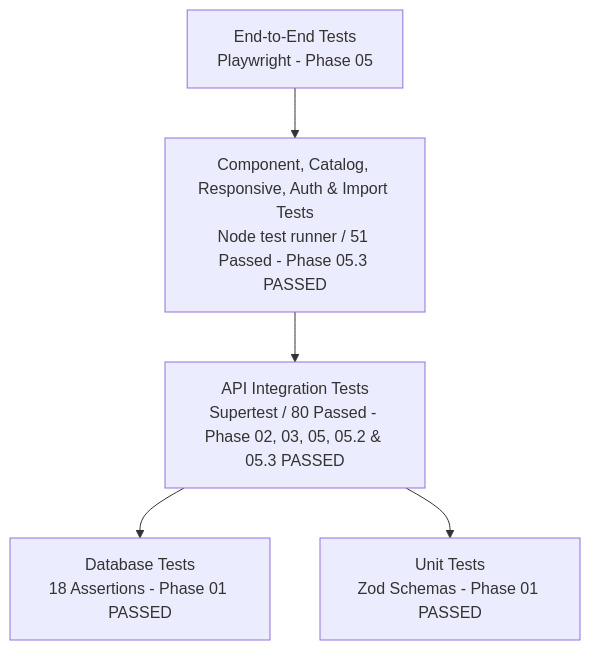
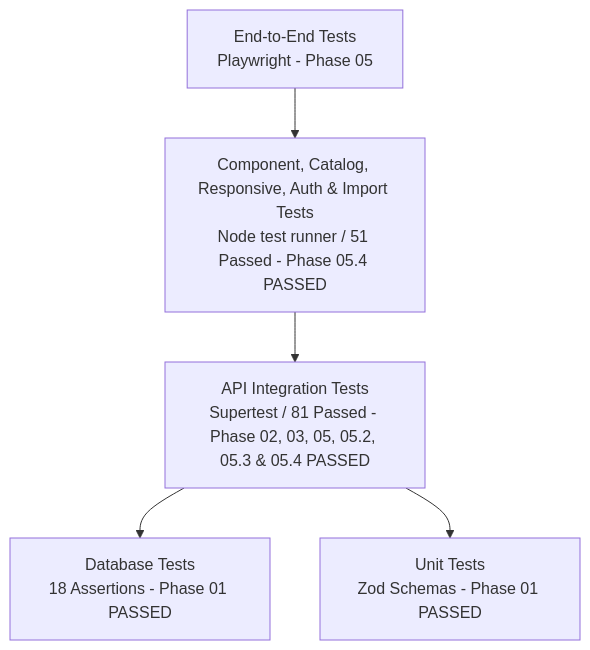
The diagram in docs/test-report.md (ragnarStark79/AnimeManager), drawn with Mermaid before and after one commit. The commit also changed other lines of this file and 7 other files, not shown here.

Commit message:
docs(import): complete Phase 05.4 Jikan diagnostic report and recovery tooling

````diff
--- a/docs/test-report.md
+++ b/docs/test-report.md
@@ -469,13 +483,13 @@
 ```mermaid
 graph TD
     E2E[End-to-End Tests<br/>Playwright - Phase 05]
-    Comp[Component, Catalog, Responsive, Auth & Import Tests<br/>Node test runner / 51 Passed - Phase 05.3 PASSED]
-    Int[API Integration Tests<br/>Supertest / 80 Passed - Phase 02, 03, 05, 05.2 & 05.3 PASSED]
+    Comp[Component, Catalog, Responsive, Auth & Import Tests<br/>Node test runner / 51 Passed - Phase 05.4 PASSED]
+    Int[API Integration Tests<br/>Supertest / 81 Passed - Phase 02, 03, 05, 05.2, 05.3 & 05.4 PASSED]
     DB[Database Tests<br/>18 Assertions - Phase 01 PASSED]
     Unit[Unit Tests<br/>Zod Schemas - Phase 01 PASSED]
 
     E2E --> Comp
     Comp --> Int
     Int --> DB
     Int --> Unit
 ```
````
